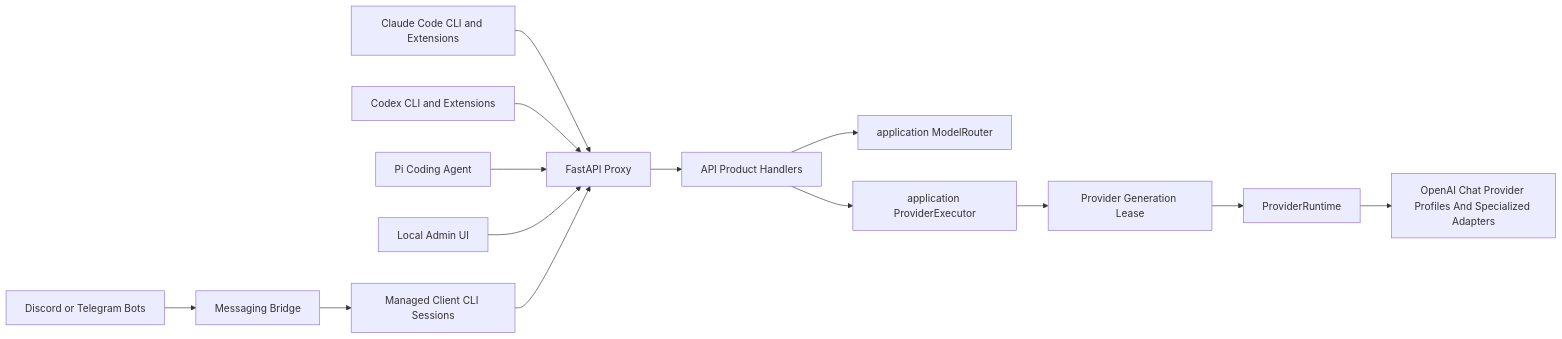
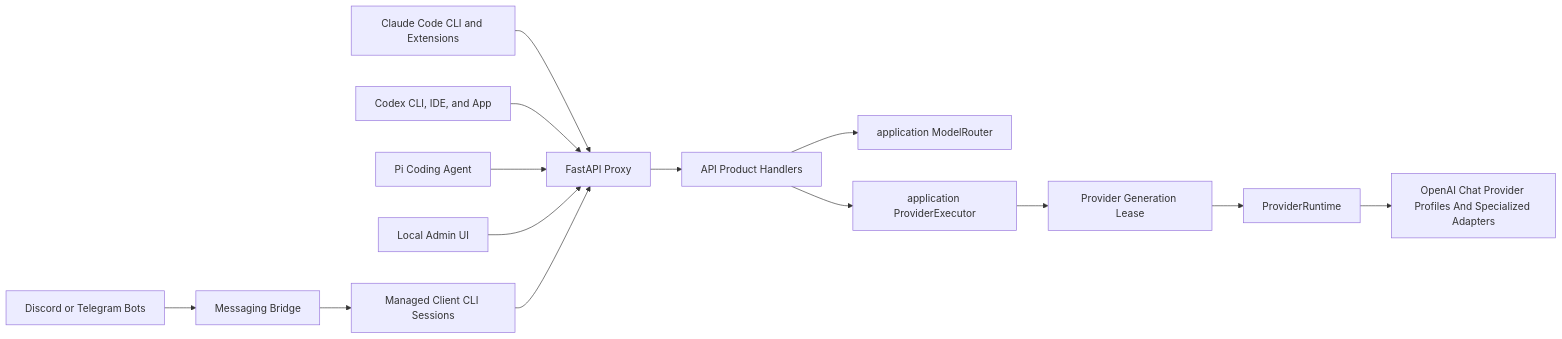
One commit to shinmentakezo07/shin07 changed the first of 3 diagrams in ARCHITECTURE.md. Above: the diagram before and after it, drawn with Mermaid. The commit also changed other lines of this file and 11 other files, not shown here.

First line of the commit message:
Add Codex App model catalog support (#1297)

````diff
--- a/ARCHITECTURE.md
+++ b/ARCHITECTURE.md
@@ -27,16 +27,16 @@
 ```mermaid
 flowchart LR
     ClaudeCode[Claude Code CLI and Extensions] --> ProxyAPI[FastAPI Proxy]
-    Codex[Codex CLI and Extensions] --> ProxyAPI
+    Codex[Codex CLI, IDE, and App] --> ProxyAPI
     Pi[Pi Coding Agent] --> ProxyAPI
     AdminUI[Local Admin UI] --> ProxyAPI
     Bots[Discord or Telegram Bots] --> Messaging[Messaging Bridge]
     Messaging --> ClientCLI[Managed Client CLI Sessions]
     ClientCLI --> ProxyAPI
     ProxyAPI --> Handlers[API Product Handlers]
     Handlers --> Router[application ModelRouter]
     Handlers --> Executor[application ProviderExecutor]
     Executor --> Lease[Provider Generation Lease]
     Lease --> Providers[ProviderRuntime]
     Providers --> OpenAIChat[OpenAI Chat Provider Profiles And Specialized Adapters]
 ```
````
